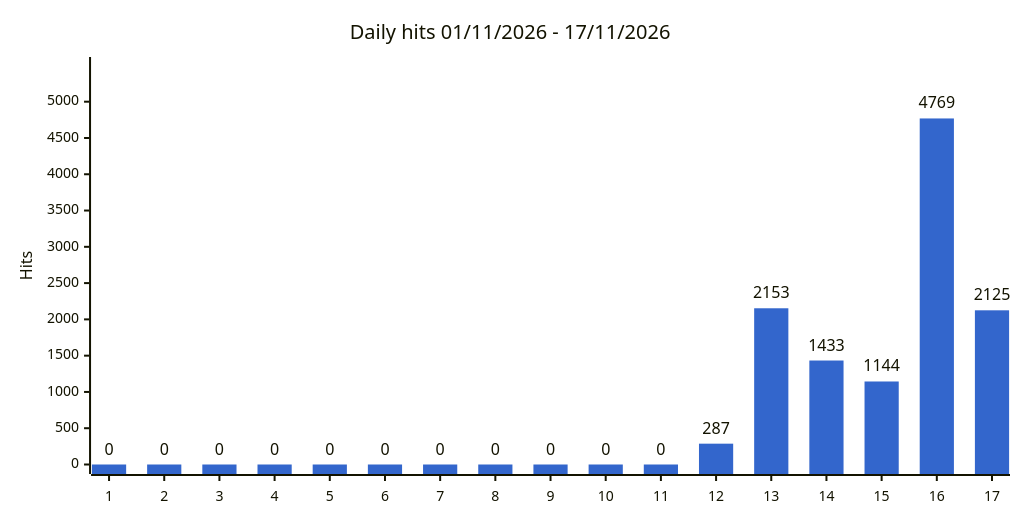
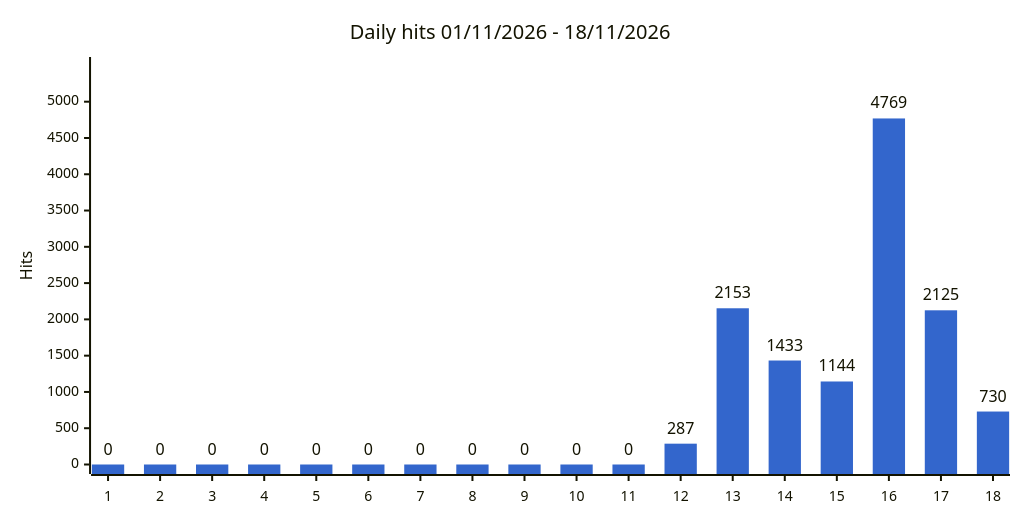
One commit to gmoulard/wikipedia2book changed the second of 3 diagrams in docs/stats.md. Above: the diagram before and after it, drawn with Mermaid. The commit also changed other lines of this file and 2 other files, not shown here.

Commit message:
stats: daily 2026-11-19 07:50 UTC

````diff
--- a/docs/stats.md
+++ b/docs/stats.md
@@ -28,8 +28,8 @@
 ```mermaid
 %%{init: {"xyChart": {"width": 1000, "showDataLabel": true, "showDataLabelOutsideBar": true}, "themeVariables": {"xyChart": {"plotColorPalette": "#3366cc"}}}}%%
 xychart-beta
-    title "Daily hits 01/11/2026 - 17/11/2026"
-    x-axis ["1", "2", "3", "4", "5", "6", "7", "8", "9", "10", "11", "12", "13", "14", "15", "16", "17"]
+    title "Daily hits 01/11/2026 - 18/11/2026"
+    x-axis ["1", "2", "3", "4", "5", "6", "7", "8", "9", "10", "11", "12", "13", "14", "15", "16", "17", "18"]
     y-axis "Hits" 0 --> 5485
-    bar [0, 0, 0, 0, 0, 0, 0, 0, 0, 0, 0, 287, 2153, 1433, 1144, 4769, 2125]
+    bar [0, 0, 0, 0, 0, 0, 0, 0, 0, 0, 0, 287, 2153, 1433, 1144, 4769, 2125, 730]
 ```
````
